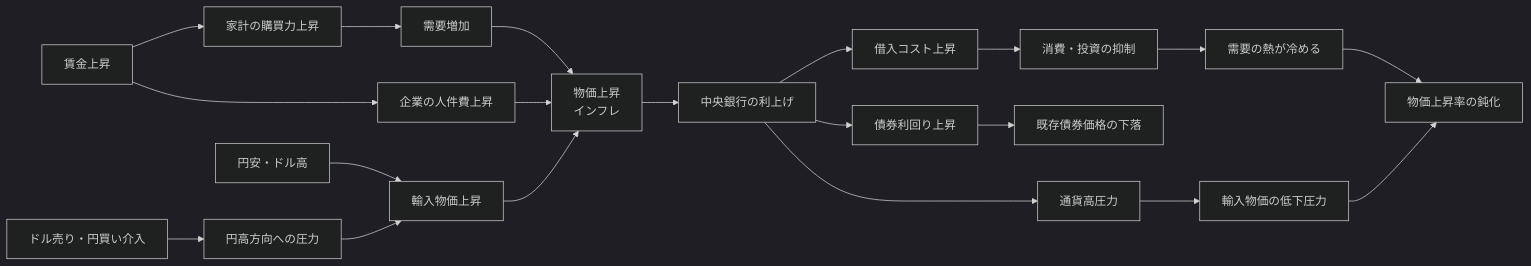
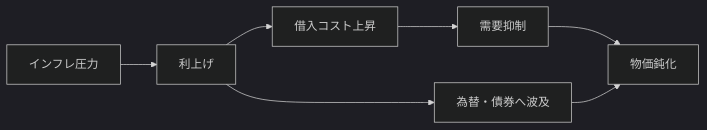
The first of 5 diagrams in src/content/blog/interest-rate-policy-primer.mdx (daylight55/research), drawn with Mermaid (dark theme) before and after one commit. The commit also changed other lines of this file and 20 other files, not shown here.

Commit message:
Mermaid図の表示サイズを調整

````diff
--- a/src/content/blog/interest-rate-policy-primer.mdx
+++ b/src/content/blog/interest-rate-policy-primer.mdx
@@ -29,25 +29,9 @@
 ```mermaid
 flowchart LR
-  P["物価上昇<br/>インフレ"] --> R["中央銀行の利上げ"]
-  W["賃金上昇"] --> C["家計の購買力上昇"]
-  W --> K["企業の人件費上昇"]
-  C --> D["需要増加"]
-  D --> P
-  K --> P
-
+  P["インフレ圧力"] --> R["利上げ"]
   R --> B["借入コスト上昇"]
-  B --> S["消費・投資の抑制"]
-  S --> Q["需要の熱が冷める"]
-  Q --> P2["物価上昇率の鈍化"]
-
-  R --> Y["債券利回り上昇"]
-  Y --> BP["既存債券価格の下落"]
-  R --> FX["通貨高圧力"]
-  FX --> IMP["輸入物価の低下圧力"]
-  IMP --> P2
-
-  EX["円安・ドル高"] --> IP["輸入物価上昇"]
-  IP --> P
-  INT["ドル売り・円買い介入"] --> FX2["円高方向への圧力"]
-  FX2 --> IP
+  B --> D["需要抑制"]
+  D --> S["物価鈍化"]
+  R --> FX["為替・債券へ波及"]
+  FX --> S
 ```
````
